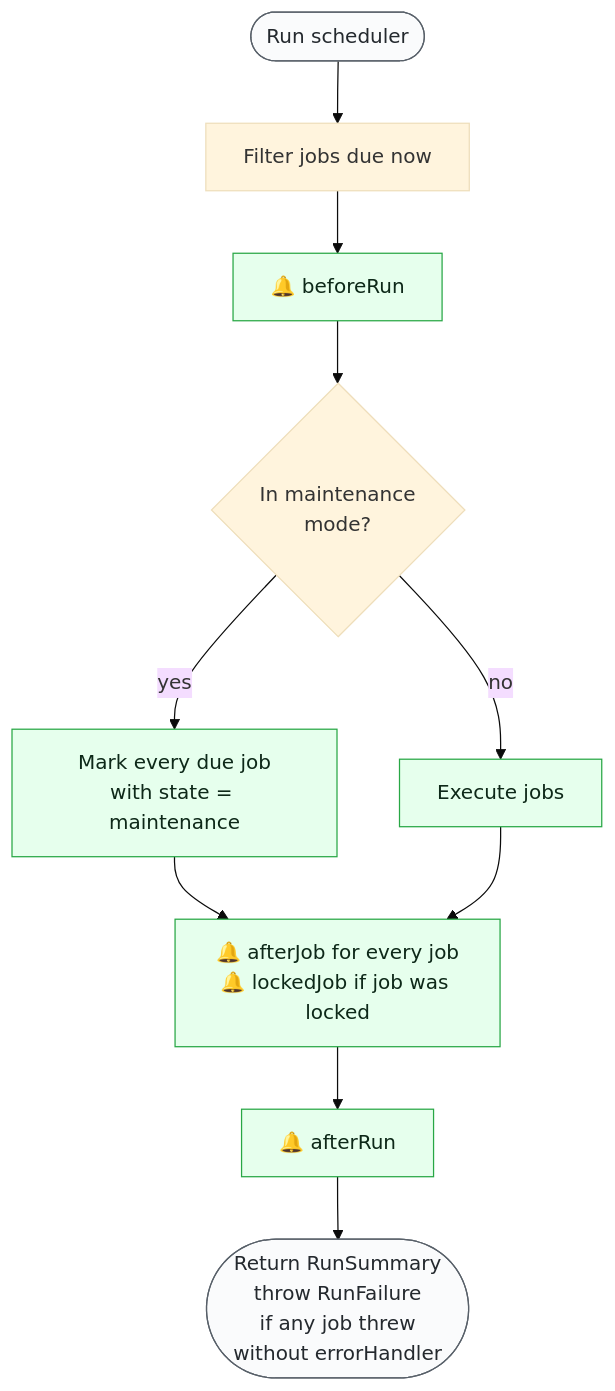
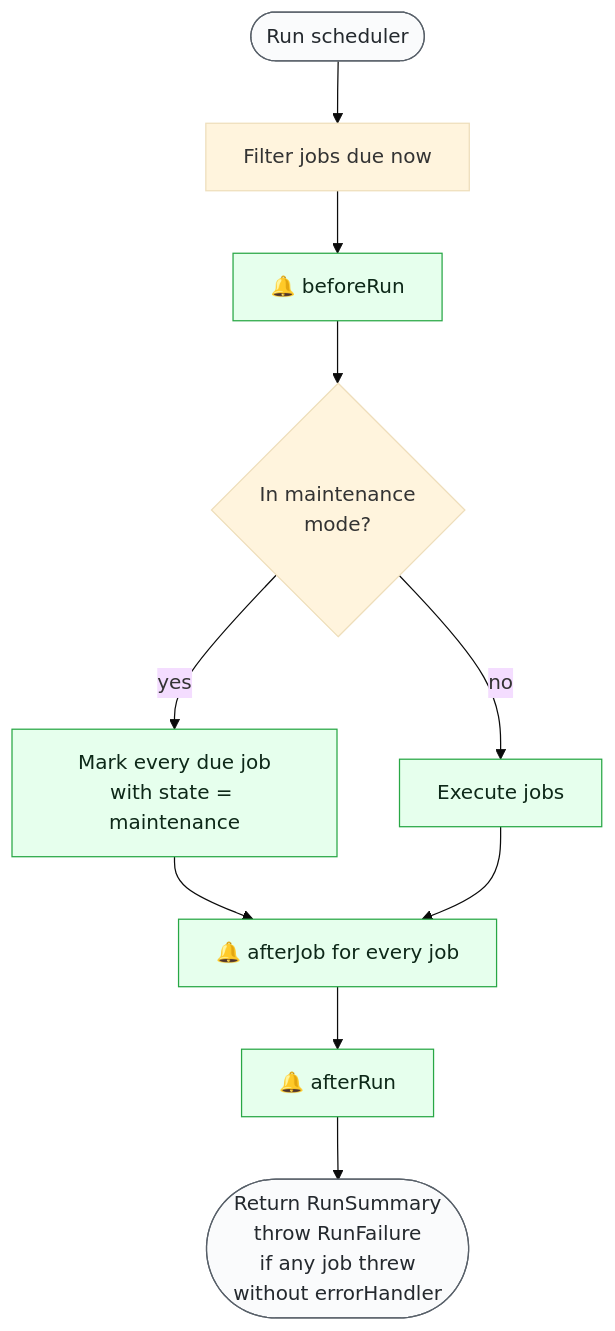
Before and after one commit to orisai/scheduler: the first of 3 diagrams in docs/README.md, drawn with Mermaid (base theme). The commit also changed other lines of this file and 3 other files, not shown here.

Commit message:
Deprecate locked job callbacks

````diff
--- a/docs/README.md
+++ b/docs/README.md
@@ -837,17 +818,17 @@
 ```mermaid
 flowchart TD
 	Start([Run scheduler]) --> FilterDue[Filter jobs due now]
 	FilterDue --> BeforeRun[🔔 beforeRun]
 	BeforeRun --> MaintCheck{In maintenance<br/>mode?}
 	MaintCheck -- yes --> MaintPath[Mark every due job<br/>with state = maintenance]
 	MaintCheck -- no --> ExecPath[Execute jobs]
-	MaintPath --> PerJob[🔔 afterJob for every job<br/>🔔 lockedJob if job was locked]
+	MaintPath --> PerJob[🔔 afterJob for every job]
 	ExecPath --> PerJob
 	PerJob --> AfterRun[🔔 afterRun]
 	AfterRun --> End([Return RunSummary<br/>throw RunFailure<br/>if any job threw<br/>without errorHandler])
 
 	classDef event fill:#e6ffed,stroke:#28a745,color:#0d2818
 	classDef terminal fill:#fafbfc,stroke:#586069,color:#24292e
 	class Start,End terminal
 	class BeforeRun,PerJob,AfterRun,MaintPath,ExecPath event
 ```
````
